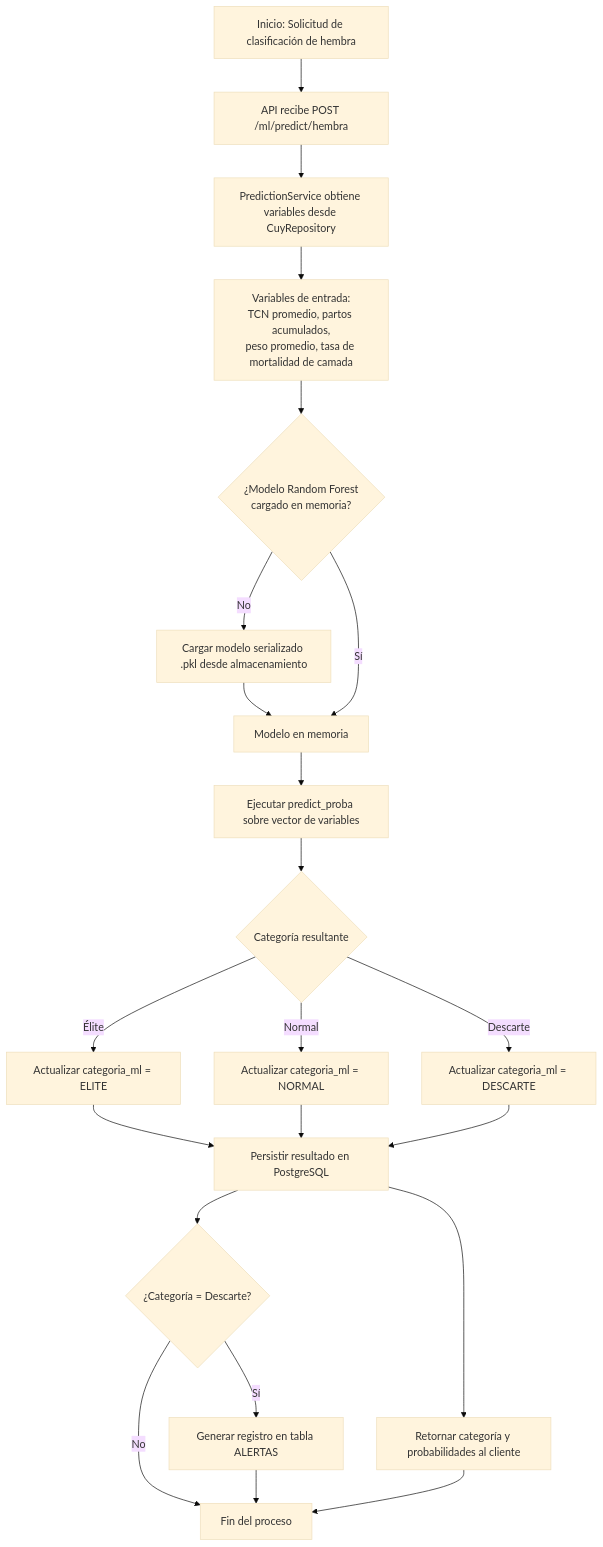
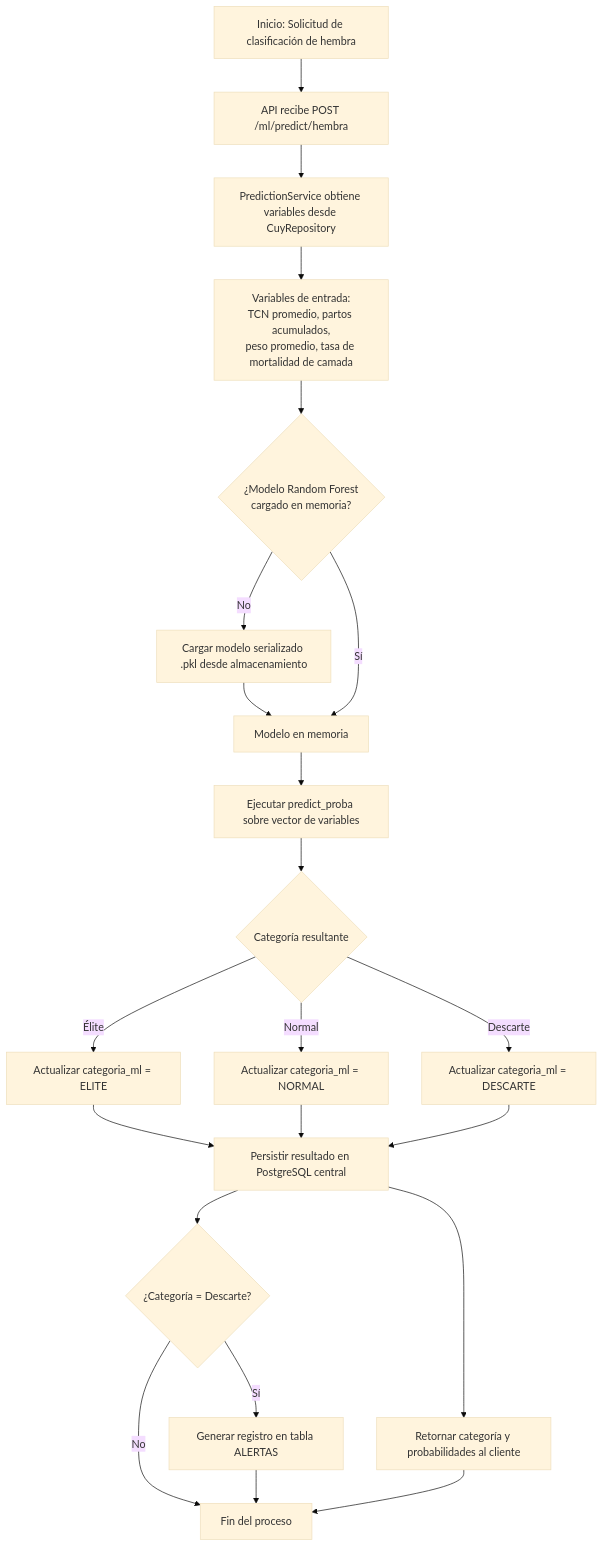
Before and after one commit to oskar-ortiz/Cuyielite: the fifth of 6 diagrams in docs/CuyiElite_Arquitectura_Tecnica.md, drawn with Mermaid (base theme). The commit also changed other lines of this file and 4 other files, not shown here.

````diff
--- a/docs/CuyiElite_Arquitectura_Tecnica.md
+++ b/docs/CuyiElite_Arquitectura_Tecnica.md
@@ -500,24 +526,24 @@
 ```mermaid
 flowchart TD
     A[Inicio: Solicitud de clasificación de hembra] --> B[API recibe POST /ml/predict/hembra]
     B --> C[PredictionService obtiene variables desde CuyRepository]
     C --> D["Variables de entrada:<br/>TCN promedio, partos acumulados,<br/>peso promedio, tasa de mortalidad de camada"]
     D --> E{"¿Modelo Random Forest<br/>cargado en memoria?"}
     E -- No --> F[Cargar modelo serializado .pkl desde almacenamiento]
     F --> G[Modelo en memoria]
     E -- Sí --> G
     G --> H[Ejecutar predict_proba sobre vector de variables]
     H --> I{Categoría resultante}
     I -- "Élite" --> J[Actualizar categoria_ml = ELITE]
     I -- "Normal" --> K[Actualizar categoria_ml = NORMAL]
     I -- "Descarte" --> L[Actualizar categoria_ml = DESCARTE]
-    J --> M[Persistir resultado en PostgreSQL]
+    J --> M[Persistir resultado en PostgreSQL central]
     K --> M
     L --> M
     M --> N{"¿Categoría = Descarte?"}
     N -- Sí --> O[Generar registro en tabla ALERTAS]
     N -- No --> P[Fin del proceso]
     O --> P
     M --> Q[Retornar categoría y probabilidades al cliente]
     Q --> P
 ```
````
